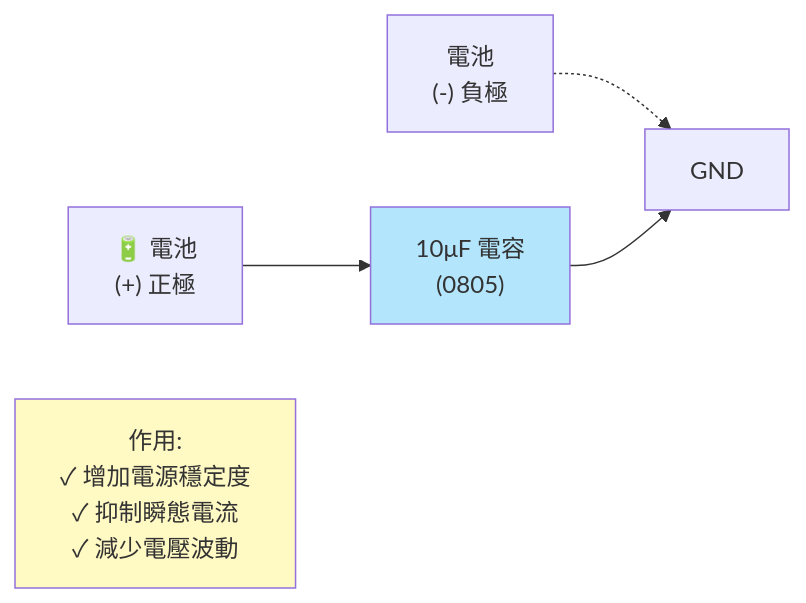
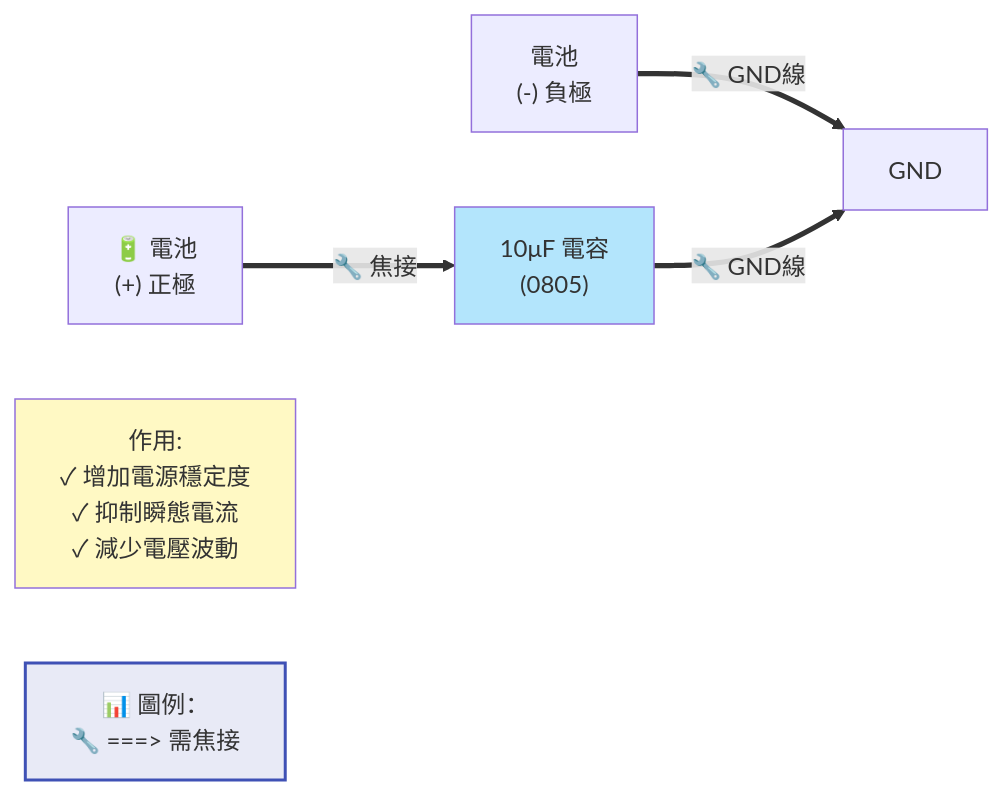
Before and after one commit to DanielYJHsieh/esp32c3: the sixth of 6 diagrams in battery_management/hardware/WIRING_DIAGRAM.md, drawn with Mermaid. The commit also changed other lines of this file and 1 other file, not shown here.

Commit message:
電路圖新增線條圖例：🔧 粗線表示需焊接的實體線，虛線表示IC內部連接

````diff
--- a/battery_management/hardware/WIRING_DIAGRAM.md
+++ b/battery_management/hardware/WIRING_DIAGRAM.md
@@ -451,11 +460,14 @@
 ```mermaid
 graph LR
-    BAT_P3["🔋 電池<br/>(+) 正極"] --> CAP["10μF 電容<br/>(0805)"]
-    BAT_N3["電池<br/>(-) 負極"] -.-> GND4["GND"]
-    CAP --> GND4
+    BAT_P3["🔋 電池<br/>(+) 正極"] ==>|"🔧 焦接"| CAP["10μF 電容<br/>(0805)"]
+    BAT_N3["電池<br/>(-) 負極"] ==>|"🔧 GND線"| GND4["GND"]
+    CAP ==>|"🔧 GND線"| GND4
     
     NOTE["作用:<br/>✓ 增加電源穩定度<br/>✓ 抑制瞬態電流<br/>✓ 減少電壓波動"]
     
+    LEGEND["📊 圖例：<br/>🔧 ===> 需焦接"]:::legendStyle
+    
+    classDef legendStyle fill:#e8eaf6,stroke:#3f51b5,stroke-width:2px
     style CAP fill:#b3e5fc
     style NOTE fill:#fff9c4
 ```
````
